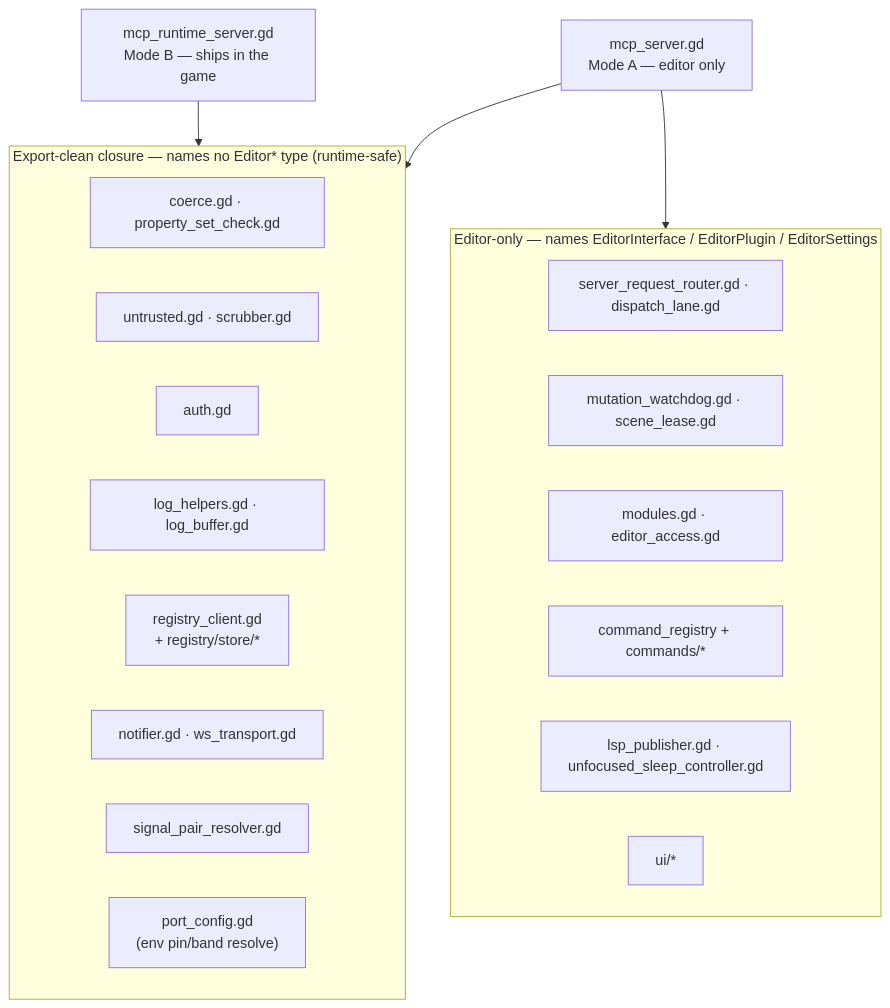
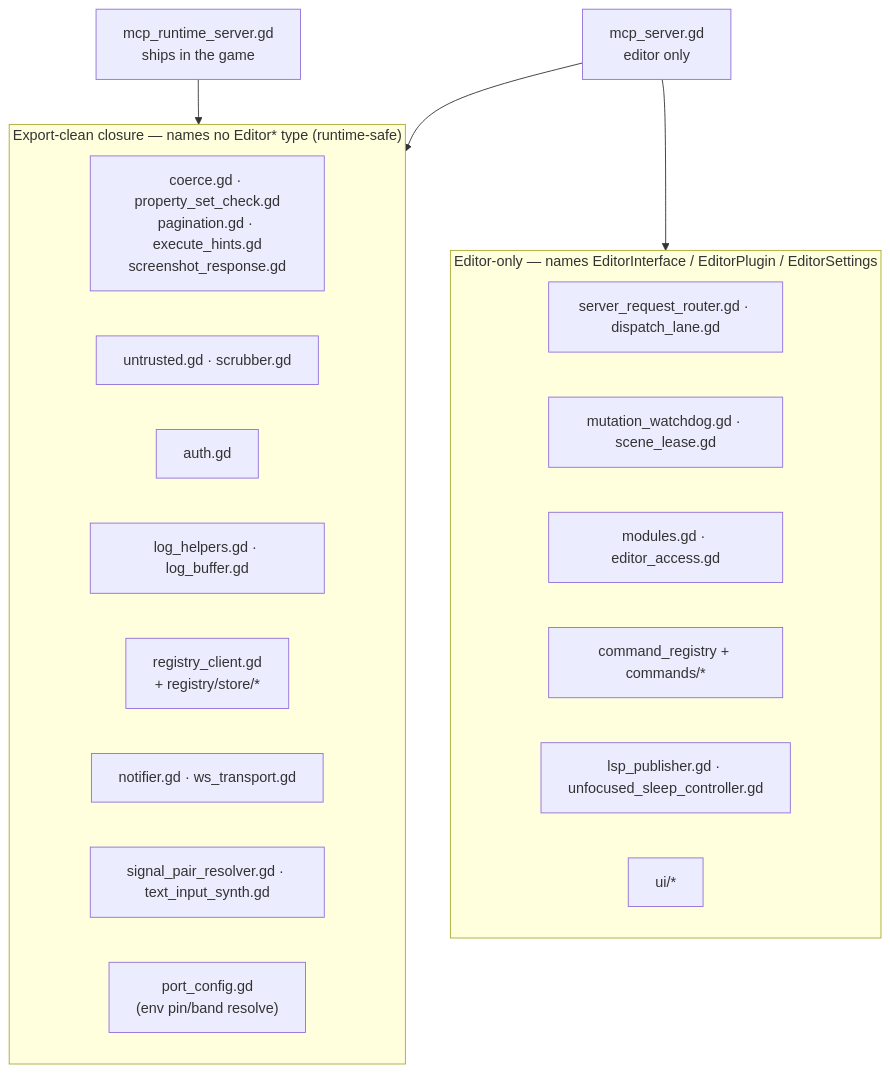
The second of 13 diagrams in docs/architecture/README.md (NPGameDev/godot-mcp-toolkit), drawn with Mermaid before and after one commit. The commit also changed other lines of this file and 8 other files, not shown here.

````diff
--- a/docs/architecture/README.md
+++ b/docs/architecture/README.md
@@ -143,28 +144,28 @@
 ```mermaid
 flowchart TB
-    ModeB["mcp_runtime_server.gd<br/>Mode B — ships in the game"]
-    ModeA["mcp_server.gd<br/>Mode A — editor only"]
+    ModeB["mcp_runtime_server.gd<br/>ships in the game"]
+    ModeA["mcp_server.gd<br/>editor only"]
     subgraph clean["Export-clean closure — names no Editor* type (runtime-safe)"]
       direction LR
-      C1["coerce.gd · property_set_check.gd"]
+      C1["coerce.gd · property_set_check.gd<br/>pagination.gd · execute_hints.gd<br/>screenshot_response.gd"]
       C2["untrusted.gd · scrubber.gd"]
       C3["auth.gd"]
       C4["log_helpers.gd · log_buffer.gd"]
       C5["registry_client.gd<br/>+ registry/store/*"]
       C6["notifier.gd · ws_transport.gd"]
-      C7["signal_pair_resolver.gd"]
+      C7["signal_pair_resolver.gd · text_input_synth.gd"]
       C8["port_config.gd<br/>(env pin/band resolve)"]
     end
     subgraph tainted["Editor-only — names EditorInterface / EditorPlugin / EditorSettings"]
       direction LR
       D1["server_request_router.gd · dispatch_lane.gd"]
       D2["mutation_watchdog.gd · scene_lease.gd"]
       D3["modules.gd · editor_access.gd"]
       D4["command_registry + commands/*"]
       D5["lsp_publisher.gd · unfocused_sleep_controller.gd"]
       D6["ui/*"]
     end
     ModeB --> clean
     ModeA --> clean
     ModeA --> tainted
 ```
````
